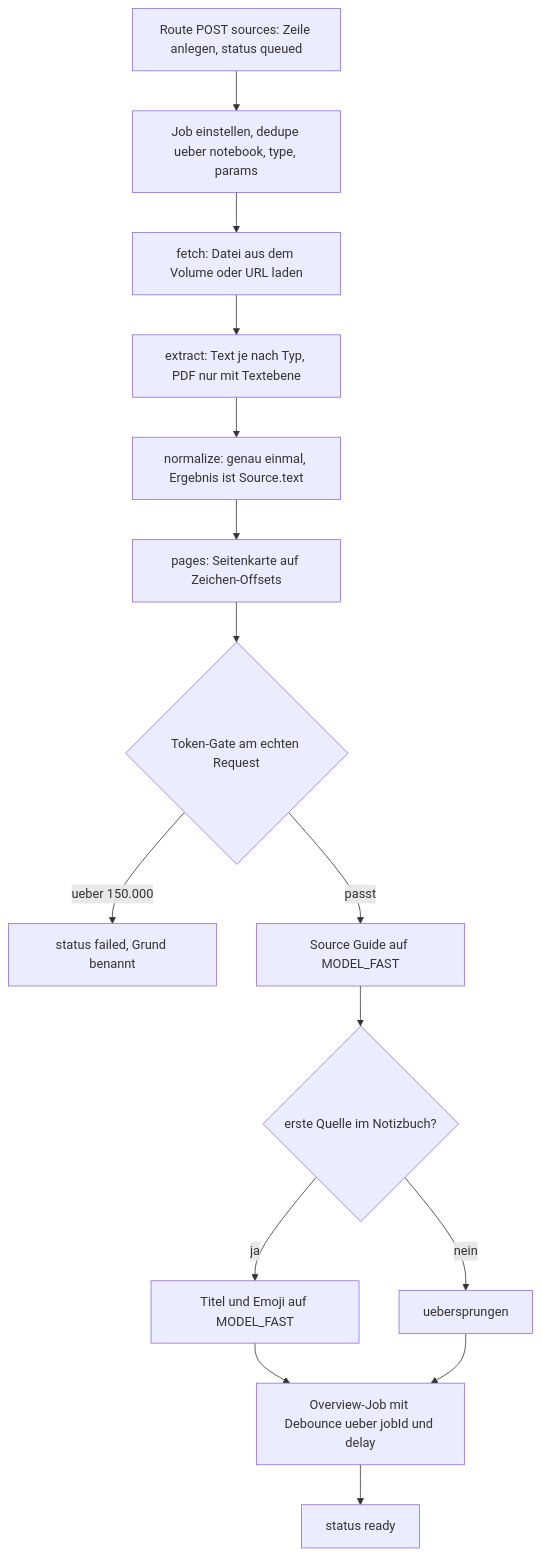
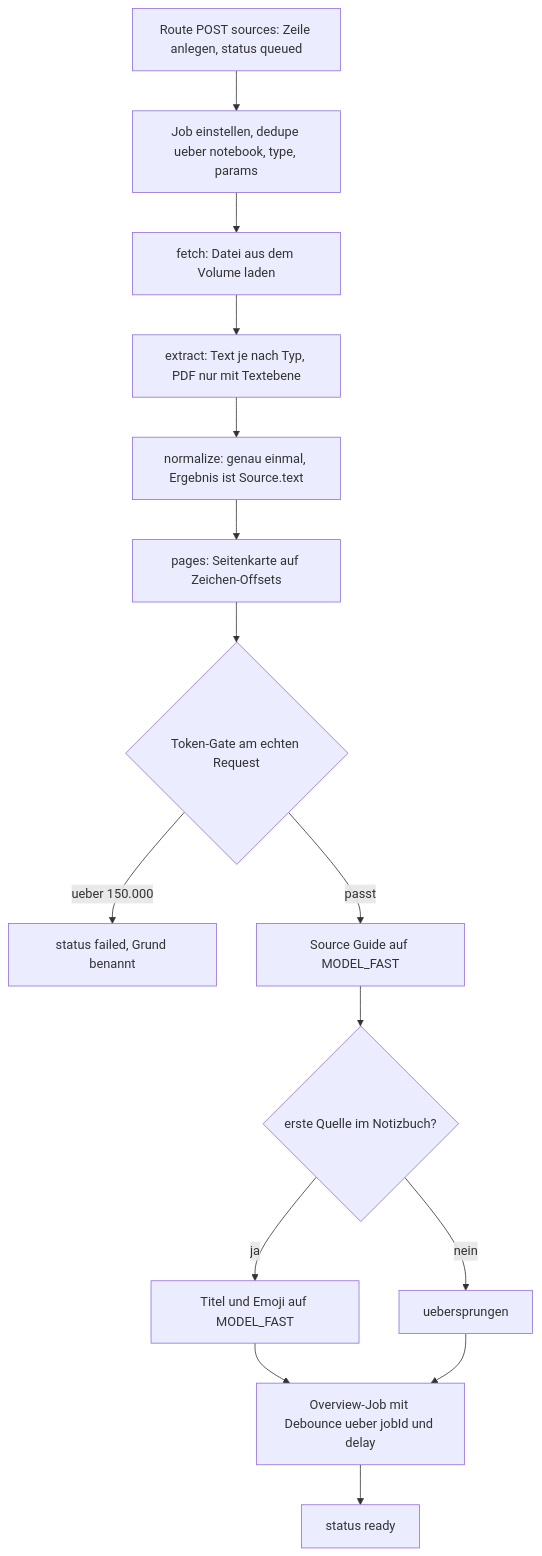
One commit to 7Style/quellwerk changed the third of 3 diagrams in docs/ARCHITECTURE.md. Above: the diagram before and after it, drawn with Mermaid. The commit also changed other lines of this file and 5 other files, not shown here.

````diff
--- a/docs/ARCHITECTURE.md
+++ b/docs/ARCHITECTURE.md
@@ -94,17 +95,17 @@
 ```mermaid
 flowchart TD
   A["Route POST sources: Zeile anlegen, status queued"] --> B["Job einstellen, dedupe ueber notebook, type, params"]
-  B --> C["fetch: Datei aus dem Volume oder URL laden"]
+  B --> C["fetch: Datei aus dem Volume laden"]
   C --> D["extract: Text je nach Typ, PDF nur mit Textebene"]
   D --> E["normalize: genau einmal, Ergebnis ist Source.text"]
   E --> F["pages: Seitenkarte auf Zeichen-Offsets"]
   F --> G{"Token-Gate am echten Request"}
   G -->|"ueber 150.000"| H["status failed, Grund benannt"]
   G -->|"passt"| I["Source Guide auf MODEL_FAST"]
   I --> J{"erste Quelle im Notizbuch?"}
   J -->|ja| K["Titel und Emoji auf MODEL_FAST"]
   J -->|nein| L["uebersprungen"]
   K --> M["Overview-Job mit Debounce ueber jobId und delay"]
   L --> M
   M --> N["status ready"]
 ```
````
